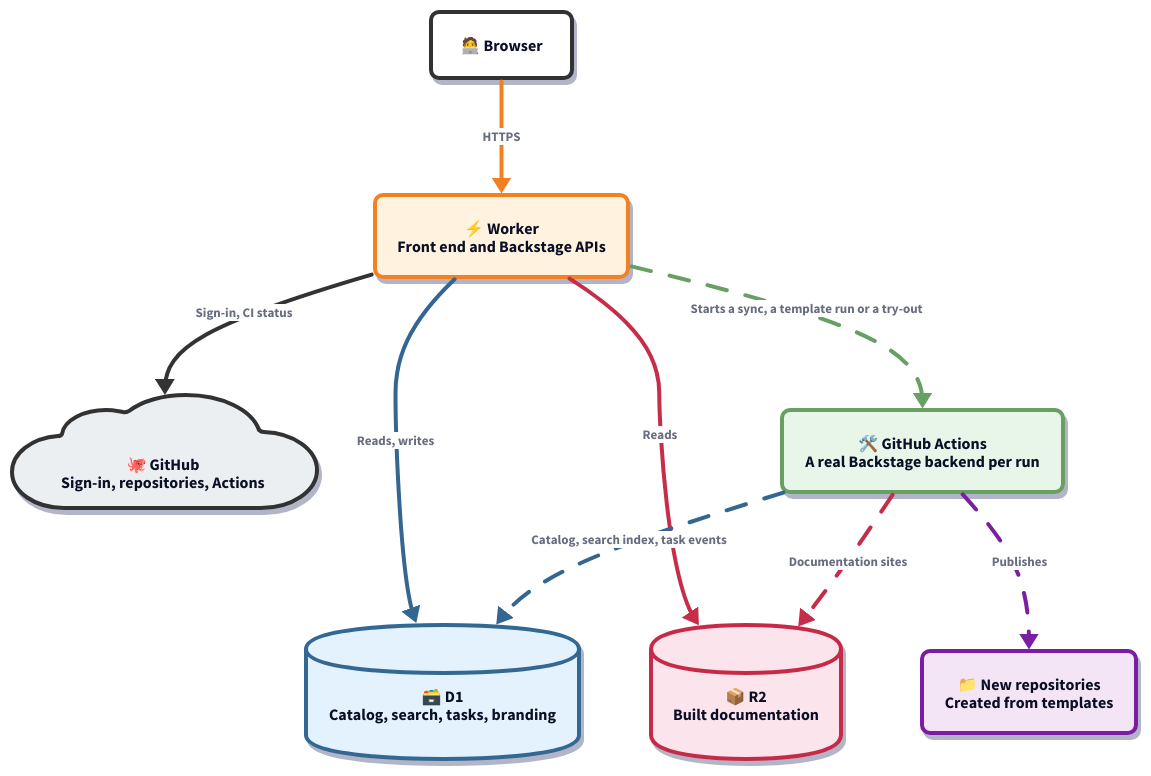
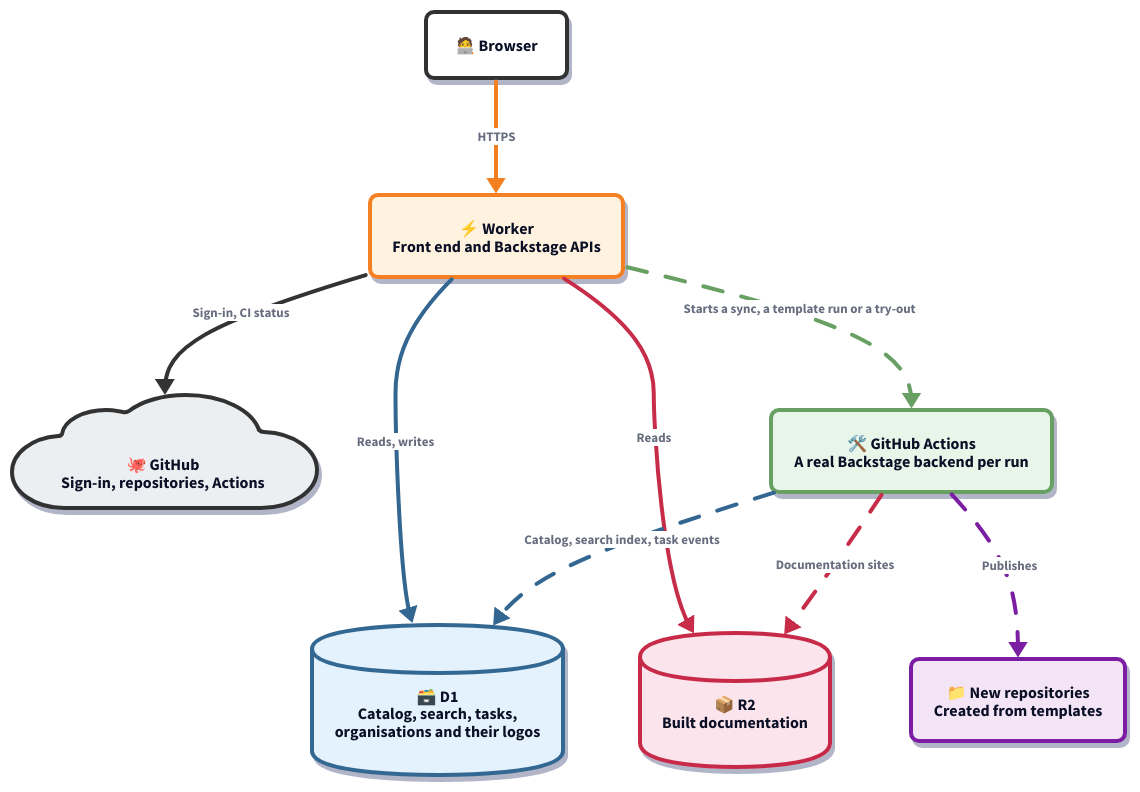
Before and after one commit to ayoinc/cloud-sandbox-backstage: the diagram in docs/diagrams/workers-architecture.d2, drawn with D2. The commit also changed 142 other files, not shown here.

```diff
--- a/docs/diagrams/workers-architecture.d2
+++ b/docs/diagrams/workers-architecture.d2
@@ -1,161 +1,161 @@
 # The Cloudflare Workers deployment: what answers a request, and where the
 # work a Worker cannot do is done. Dashed lines are work that happens out of
 # band, in GitHub Actions.
 direction: down
 
 browser: {
   label: "🧑‍💻 Browser"
   style: {
     fill: "#FFFFFF"
     stroke: "#333333"
     stroke-width: 4
     font-size: 16
     bold: true
     shadow: true
     border-radius: 8
   }
 }
 worker: {
   label: "⚡ Worker\nFront end and Backstage APIs"
   style: {
     fill: "#FFF3E0"
     stroke: "#F38020"
     stroke-width: 4
     font-size: 16
     bold: true
     shadow: true
     border-radius: 8
   }
 }
 d1: {
   shape: cylinder
-  label: "🗃️ D1\nCatalog, search, tasks, branding"
+  label: "🗃️ D1\nCatalog, search, tasks,\norganisations and their logos"
   style: {
     fill: "#E3F2FD"
     stroke: "#336791"
     stroke-width: 4
     font-size: 16
     bold: true
     shadow: true
   }
 }
 r2: {
   shape: cylinder
   label: "📦 R2\nBuilt documentation"
   style: {
     fill: "#FCE4EC"
     stroke: "#C72C48"
     stroke-width: 4
     font-size: 16
     bold: true
     shadow: true
   }
 }
 github: {
   shape: cloud
   label: "🐙 GitHub\nSign-in, repositories, Actions"
   style: {
     fill: "#ECEFF1"
     stroke: "#333333"
     stroke-width: 4
     font-size: 16
     bold: true
     shadow: true
   }
 }
 actions: {
   label: "🛠️ GitHub Actions\nA real Backstage backend per run"
   style: {
     fill: "#E8F5E9"
     stroke: "#68A063"
     stroke-width: 4
     font-size: 16
     bold: true
     shadow: true
     border-radius: 8
   }
 }
 repos: {
   label: "📁 New repositories\nCreated from templates"
   style: {
     fill: "#F3E5F5"
     stroke: "#7B1FA2"
     stroke-width: 4
     font-size: 16
     bold: true
     shadow: true
     border-radius: 8
   }
 }
 browser -> worker: "HTTPS" {
   style: {
     stroke: "#F38020"
     stroke-width: 4
     font-size: 13
     bold: true
   }
 }
 worker -> d1: "Reads, writes" {
   style: {
     stroke: "#336791"
     stroke-width: 4
     font-size: 13
     bold: true
   }
 }
 worker -> r2: "Reads" {
   style: {
     stroke: "#C72C48"
     stroke-width: 4
     font-size: 13
     bold: true
   }
 }
 worker -> github: "Sign-in, CI status" {
   style: {
     stroke: "#333333"
     stroke-width: 4
     font-size: 13
     bold: true
   }
 }
 worker -> actions: "Starts a sync, a template run or a try-out" {
   style: {
     stroke: "#68A063"
     stroke-width: 4
     font-size: 13
     bold: true
     stroke-dash: 5
     animated: true
   }
 }
 actions -> d1: "Catalog, search index, task events" {
   style: {
     stroke: "#336791"
     stroke-width: 4
     font-size: 13
     bold: true
     stroke-dash: 5
     animated: true
   }
 }
 actions -> r2: "Documentation sites" {
   style: {
     stroke: "#C72C48"
     stroke-width: 4
     font-size: 13
     bold: true
     stroke-dash: 5
     animated: true
   }
 }
 actions -> repos: "Publishes" {
   style: {
     stroke: "#7B1FA2"
     stroke-width: 4
     font-size: 13
     bold: true
     stroke-dash: 5
     animated: true
   }
 }
```
